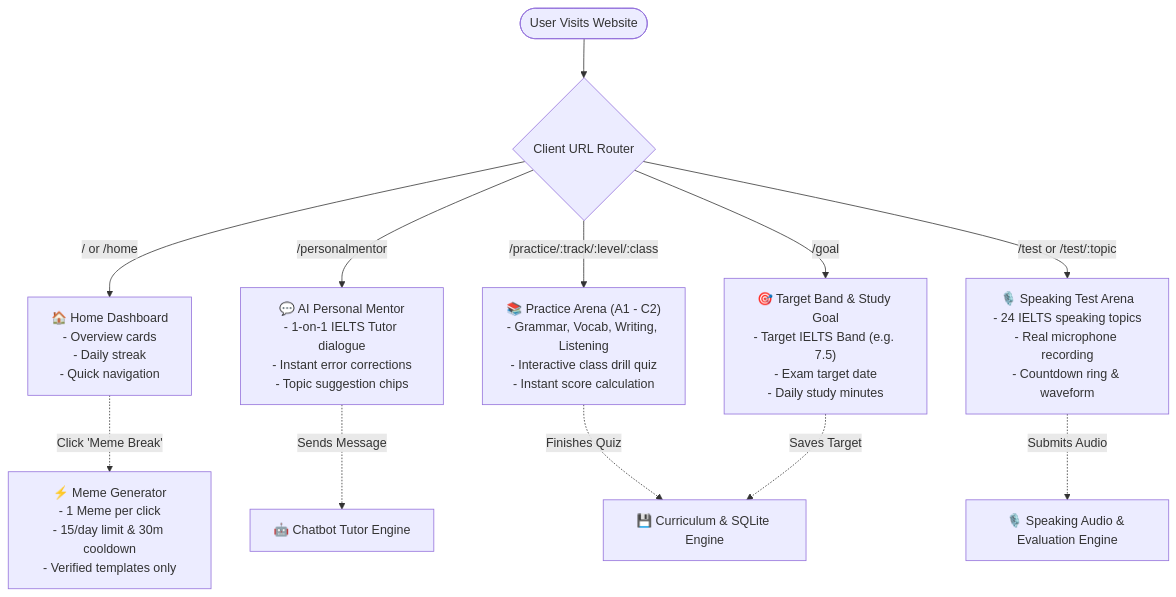
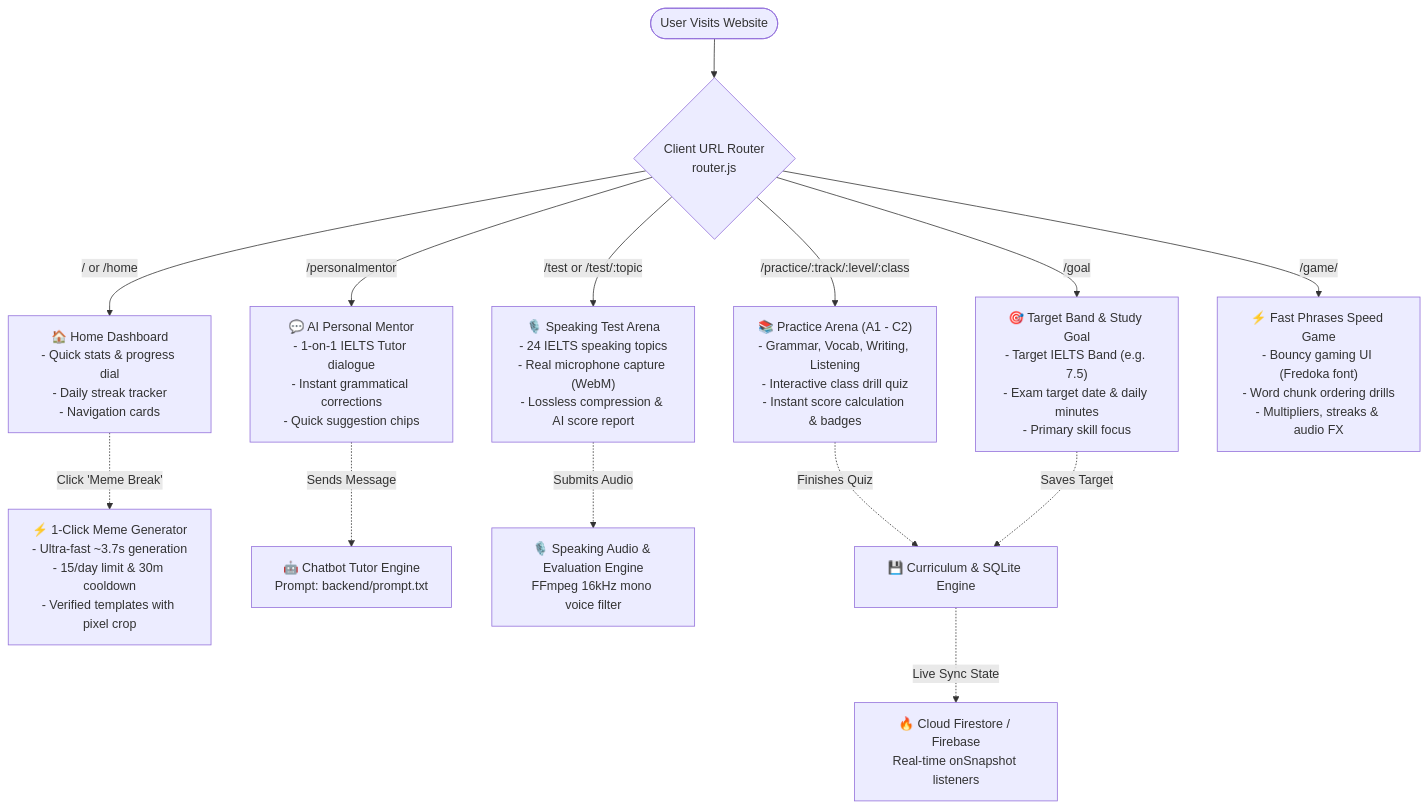
One commit to rifatjahanazad-bd/AI-English-Coach changed the first of 5 diagrams in docs/ARCHITECTURE_AND_USER_FLOW.md. Above: the diagram before and after it, drawn with Mermaid. The commit also changed other lines of this file and 68 other files, not shown here.

Commit message:
feat: complete gamified dashboard, Firebase auth & data sync, and Vercel deployment configuration

````diff
--- a/docs/ARCHITECTURE_AND_USER_FLOW.md
+++ b/docs/ARCHITECTURE_AND_USER_FLOW.md
@@ -23,16 +25,19 @@
 ```mermaid
 flowchart TD
-    Start([User Visits Website]) --> Router{Client URL Router}
+    Start([User Visits Website]) --> Router{Client URL Router<br/>router.js}
 
-    Router -->|/ or /home| HomeView["🏠 Home Dashboard<br/>- Overview cards<br/>- Daily streak<br/>- Quick navigation"]
-    Router -->|/personalmentor| MentorView["💬 AI Personal Mentor<br/>- 1-on-1 IELTS Tutor dialogue<br/>- Instant error corrections<br/>- Topic suggestion chips"]
-    Router -->|/goal| GoalView["🎯 Target Band & Study Goal<br/>- Target IELTS Band (e.g. 7.5)<br/>- Exam target date<br/>- Daily study minutes"]
-    Router -->|/test or /test/:topic| SpeakingView["🎙️ Speaking Test Arena<br/>- 24 IELTS speaking topics<br/>- Real microphone recording<br/>- Countdown ring & waveform"]
-    Router -->|/practice/:track/:level/:class| PracticeView["📚 Practice Arena (A1 - C2)<br/>- Grammar, Vocab, Writing, Listening<br/>- Interactive class drill quiz<br/>- Instant score calculation"]
+    Router -->|/ or /home| HomeView["🏠 Home Dashboard<br/>- Quick stats & progress dial<br/>- Daily streak tracker<br/>- Navigation cards"]
+    Router -->|/personalmentor| MentorView["💬 AI Personal Mentor<br/>- 1-on-1 IELTS Tutor dialogue<br/>- Instant grammatical corrections<br/>- Quick suggestion chips"]
+    Router -->|/goal| GoalView["🎯 Target Band & Study Goal<br/>- Target IELTS Band (e.g. 7.5)<br/>- Exam target date & daily minutes<br/>- Primary skill focus"]
+    Router -->|/test or /test/:topic| SpeakingView["🎙️ Speaking Test Arena<br/>- 24 IELTS speaking topics<br/>- Real microphone capture (WebM)<br/>- Lossless compression & AI score report"]
+    Router -->|/practice/:track/:level/:class| PracticeView["📚 Practice Arena (A1 - C2)<br/>- Grammar, Vocab, Writing, Listening<br/>- Interactive class drill quiz<br/>- Instant score calculation & badges"]
+    Router -->|/game/| GameView["⚡ Fast Phrases Speed Game<br/>- Bouncy gaming UI (Fredoka font)<br/>- Word chunk ordering drills<br/>- Multipliers, streaks & audio FX"]
 
-    HomeView -.->|Click 'Meme Break'| MemeModal["⚡ Meme Generator<br/>- 1 Meme per click<br/>- 15/day limit & 30m cooldown<br/>- Verified templates only"]
-    MentorView -.->|Sends Message| ChatEngine["🤖 Chatbot Tutor Engine"]
-    SpeakingView -.->|Submits Audio| AudioEngine["🎙️ Speaking Audio & Evaluation Engine"]
+    HomeView -.->|Click 'Meme Break'| MemeModal["⚡ 1-Click Meme Generator<br/>- Ultra-fast ~3.7s generation<br/>- 15/day limit & 30m cooldown<br/>- Verified templates with pixel crop"]
+    MentorView -.->|Sends Message| ChatEngine["🤖 Chatbot Tutor Engine<br/>Prompt: backend/prompt.txt"]
+    SpeakingView -.->|Submits Audio| AudioEngine["🎙️ Speaking Audio & Evaluation Engine<br/>FFmpeg 16kHz mono voice filter"]
     PracticeView -.->|Finishes Quiz| DBEngine["💾 Curriculum & SQLite Engine"]
     GoalView -.->|Saves Target| DBEngine
+
+    DBEngine -.->|Live Sync State| CloudSync["🔥 Cloud Firestore / Firebase<br/>Real-time onSnapshot listeners"]
 ```
````
